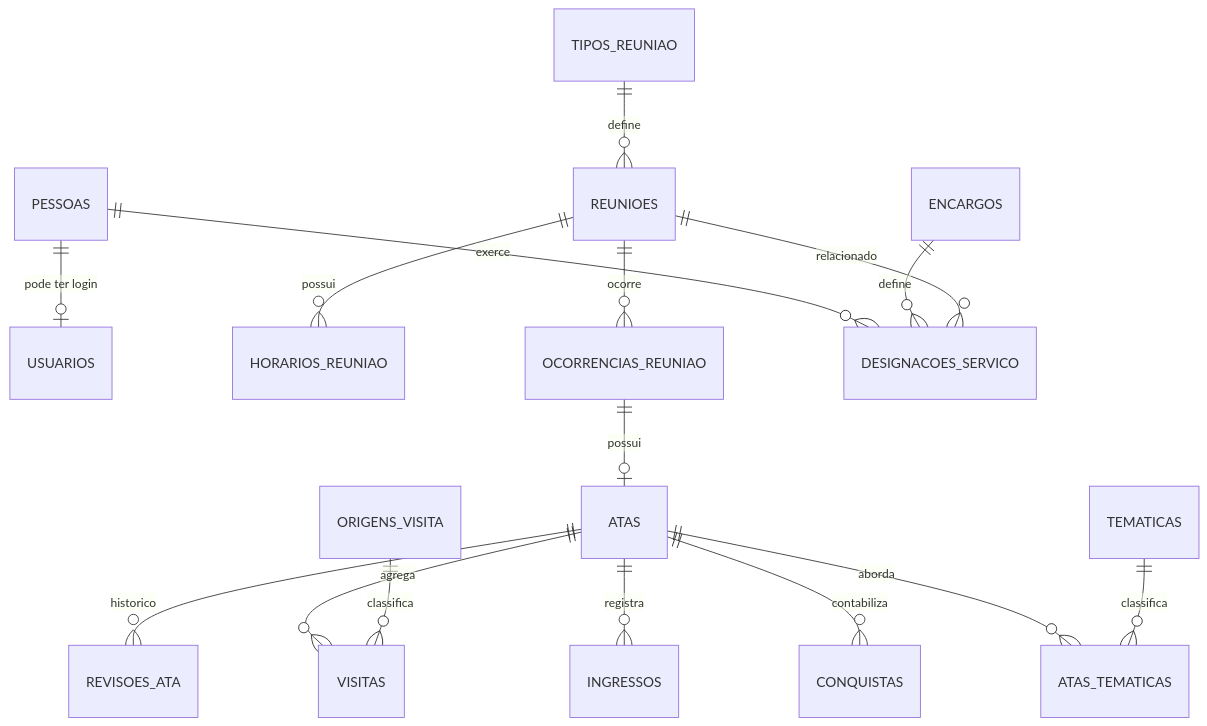
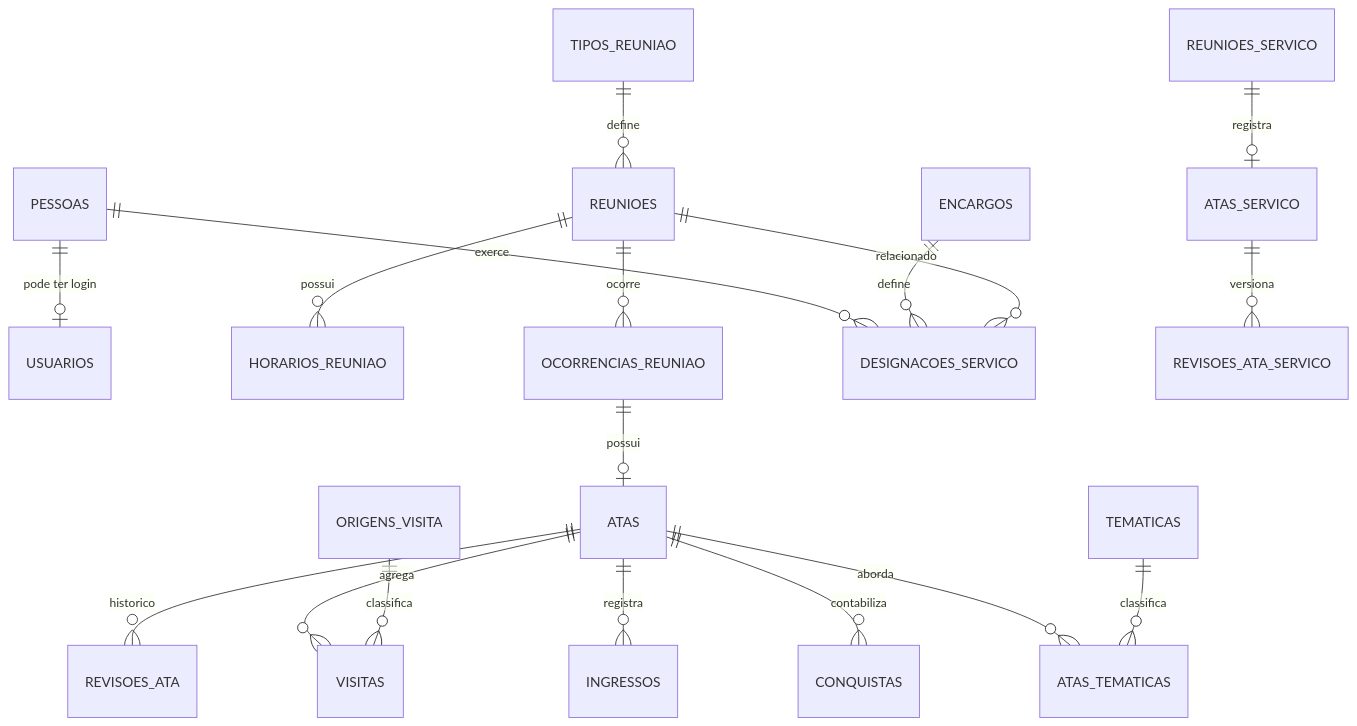
One commit to grupoquarentena/site changed the seventh of 17 diagrams in _bmad-output/planning-artifacts/Arquitetura.md. Above: the diagram before and after it, drawn with Mermaid. The commit also changed other lines of this file and 4 other files, not shown here.

````diff
--- a/_bmad-output/planning-artifacts/Arquitetura.md
+++ b/_bmad-output/planning-artifacts/Arquitetura.md
@@ -787,18 +1062,20 @@
 ```mermaid
 erDiagram
   PESSOAS ||--o| USUARIOS : "pode ter login"
   TIPOS_REUNIAO ||--o{ REUNIOES : define
   REUNIOES ||--o{ HORARIOS_REUNIAO : possui
   REUNIOES ||--o{ OCORRENCIAS_REUNIAO : ocorre
   OCORRENCIAS_REUNIAO ||--o| ATAS : possui
   ATAS ||--o{ REVISOES_ATA : historico
   ATAS ||--o{ VISITAS : agrega
   ORIGENS_VISITA ||--o{ VISITAS : classifica
   ATAS ||--o{ INGRESSOS : registra
   ATAS ||--o{ CONQUISTAS : contabiliza
   ATAS ||--o{ ATAS_TEMATICAS : aborda
   TEMATICAS ||--o{ ATAS_TEMATICAS : classifica
   PESSOAS ||--o{ DESIGNACOES_SERVICO : exerce
   ENCARGOS ||--o{ DESIGNACOES_SERVICO : define
   REUNIOES ||--o{ DESIGNACOES_SERVICO : relacionado
+  REUNIOES_SERVICO ||--o| ATAS_SERVICO : registra
+  ATAS_SERVICO ||--o{ REVISOES_ATA_SERVICO : versiona
 ```
````
